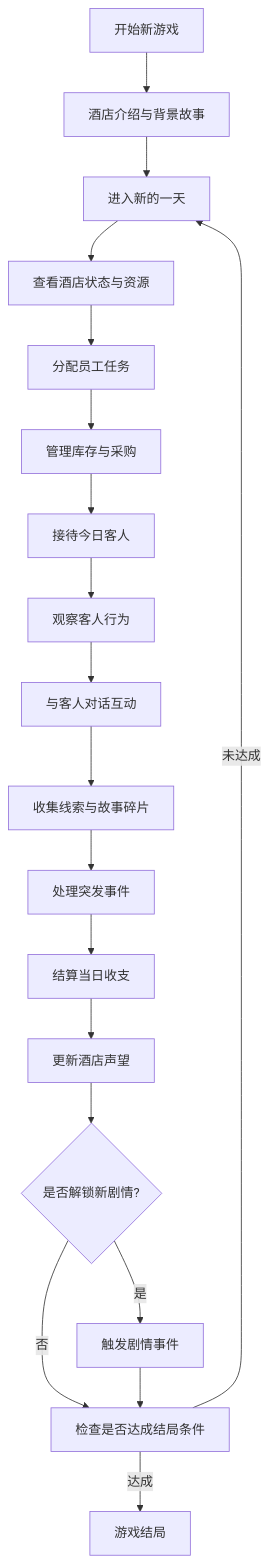
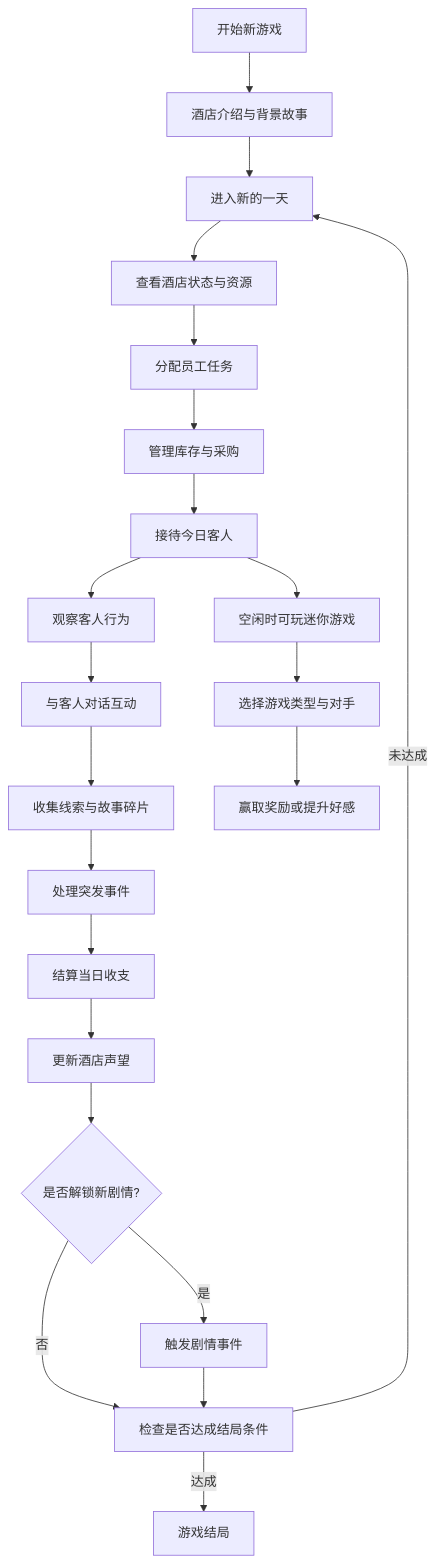
The diagram in .trae/documents/PRD.md (xianglucky88-oss/tl-42), drawn with Mermaid before and after one commit. The commit also changed other lines of this file and 15 other files, not shown here.

````diff
--- a/.trae/documents/PRD.md
+++ b/.trae/documents/PRD.md
@@ -43,21 +50,24 @@
 ```mermaid
 flowchart TD
     A["开始新游戏"] --> B["酒店介绍与背景故事"]
     B --> C["进入新的一天"]
     C --> D["查看酒店状态与资源"]
     D --> E["分配员工任务"]
     E --> F["管理库存与采购"]
     F --> G["接待今日客人"]
     G --> H["观察客人行为"]
     H --> I["与客人对话互动"]
     I --> J["收集线索与故事碎片"]
+    G --> G1["空闲时可玩迷你游戏"]
+    G1 --> G2["选择游戏类型与对手"]
+    G2 --> G3["赢取奖励或提升好感"]
     J --> K["处理突发事件"]
     K --> L["结算当日收支"]
     L --> M["更新酒店声望"]
     M --> N{"是否解锁新剧情?"}
     N -->|是| O["触发剧情事件"]
     N -->|否| P["检查是否达成结局条件"]
     O --> P
     P -->|未达成| C
     P -->|达成| Q["游戏结局"]
 ```
````
